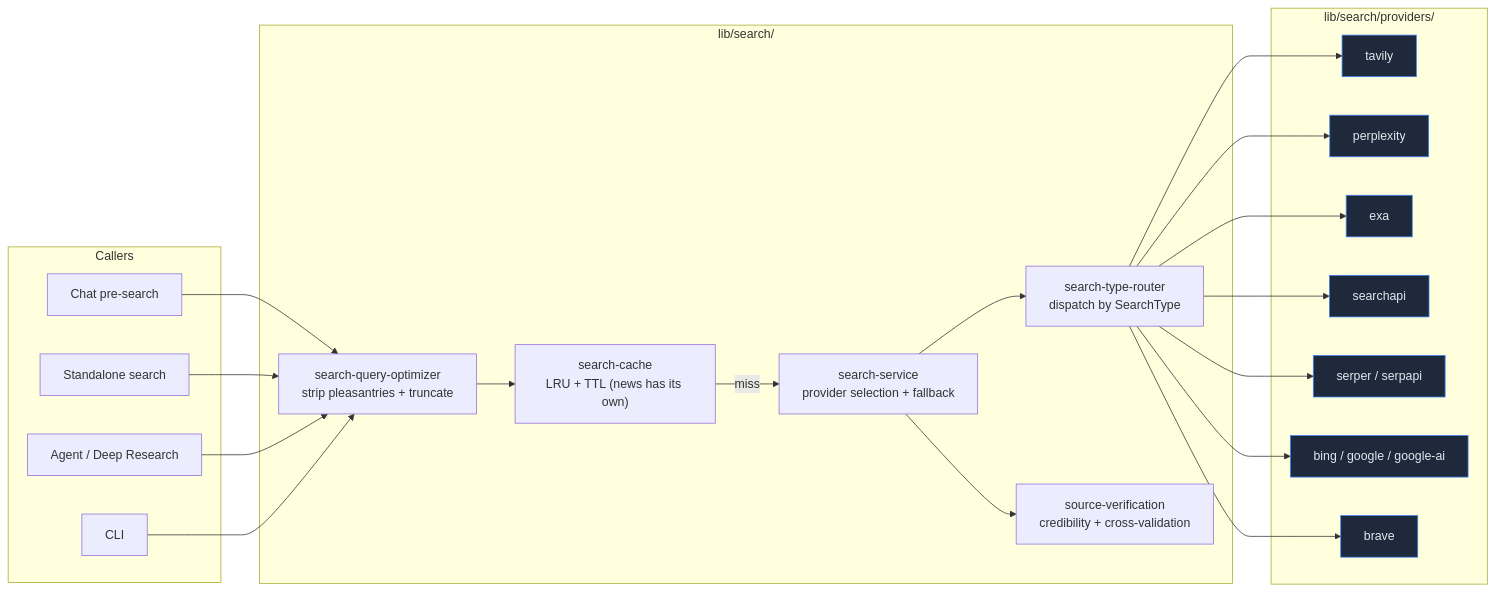
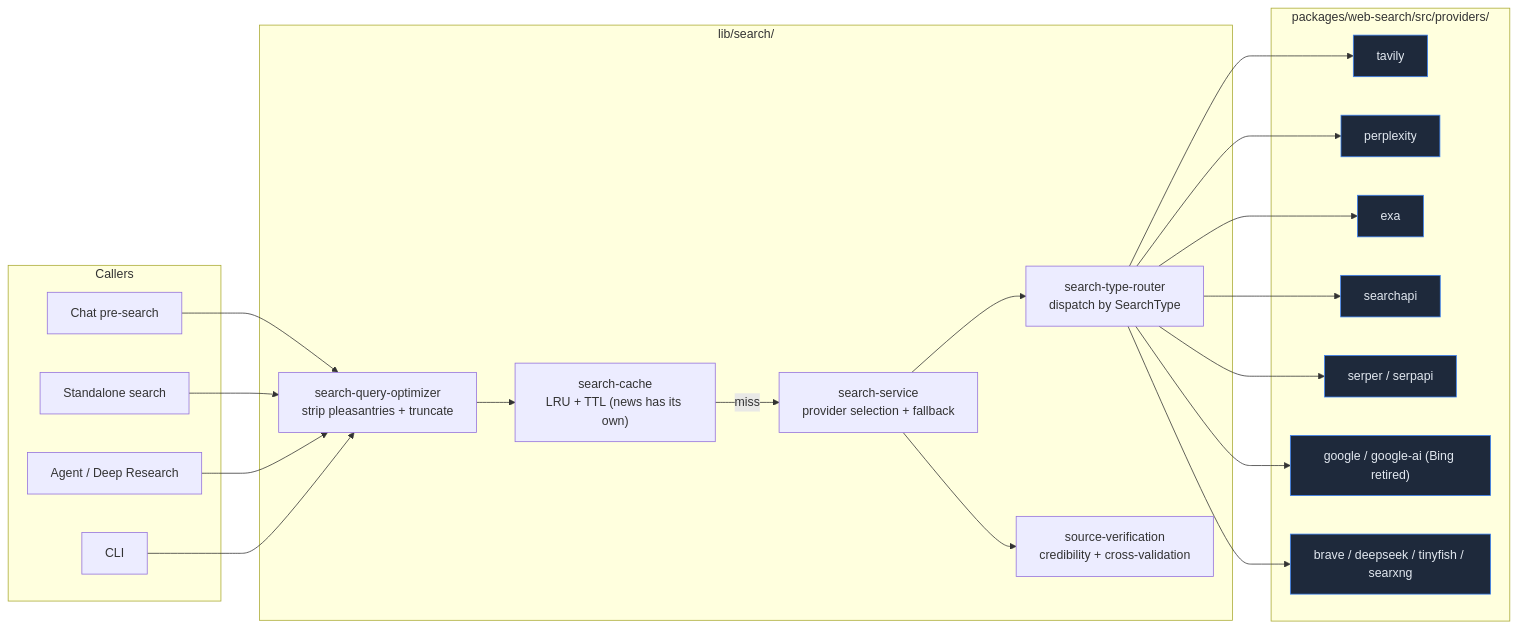
The diagram in docs/content/docs/en/data/search-system.mdx (MaxQian888/cognia-next), drawn with Mermaid before and after one commit. The commit also changed other lines of this file and 140 other files, not shown here.

First line of the commit message:
feat(web): separate search and reading with truthful, budgeted providers

````diff
--- a/docs/content/docs/en/data/search-system.mdx
+++ b/docs/content/docs/en/data/search-system.mdx
@@ -26,45 +26,45 @@
 ```mermaid
 flowchart LR
   subgraph App["Callers"]
     Chat["Chat pre-search"]
     Page["Standalone search"]
     Agent["Agent / Deep Research"]
     CLI["CLI"]
   end
 
   subgraph Core["lib/search/"]
     Optimizer["search-query-optimizer<br/>strip pleasantries + truncate"]
     Cache["search-cache<br/>LRU + TTL (news has its own)"]
     Service["search-service<br/>provider selection + fallback"]
     Router["search-type-router<br/>dispatch by SearchType"]
     Verify["source-verification<br/>credibility + cross-validation"]
   end
 
-  subgraph Providers["lib/search/providers/"]
+  subgraph Providers["packages/web-search/src/providers/"]
     P1["tavily"]:::p
     P2["perplexity"]:::p
     P3["exa"]:::p
     P4["searchapi"]:::p
     P5["serper / serpapi"]:::p
-    P6["bing / google / google-ai"]:::p
-    P7["brave"]:::p
+    P6["google / google-ai (Bing retired)"]:::p
+    P7["brave / deepseek / tinyfish / searxng"]:::p
   end
 
   Chat --> Optimizer
   Page --> Optimizer
   Agent --> Optimizer
   CLI --> Optimizer
   Optimizer --> Cache
   Cache -- "miss" --> Service
   Service --> Router
   Router --> P1
   Router --> P2
   Router --> P3
   Router --> P4
   Router --> P5
   Router --> P6
   Router --> P7
   Service --> Verify
 
   classDef p fill:#1e293b,stroke:#3b82f6,color:#e2e8f0
 ```
````
